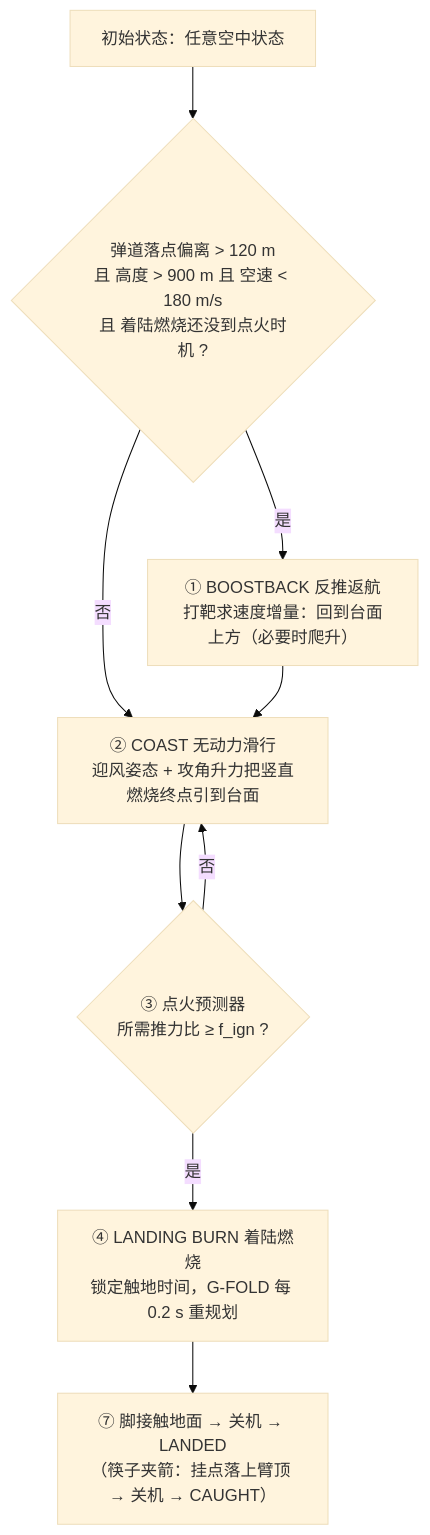
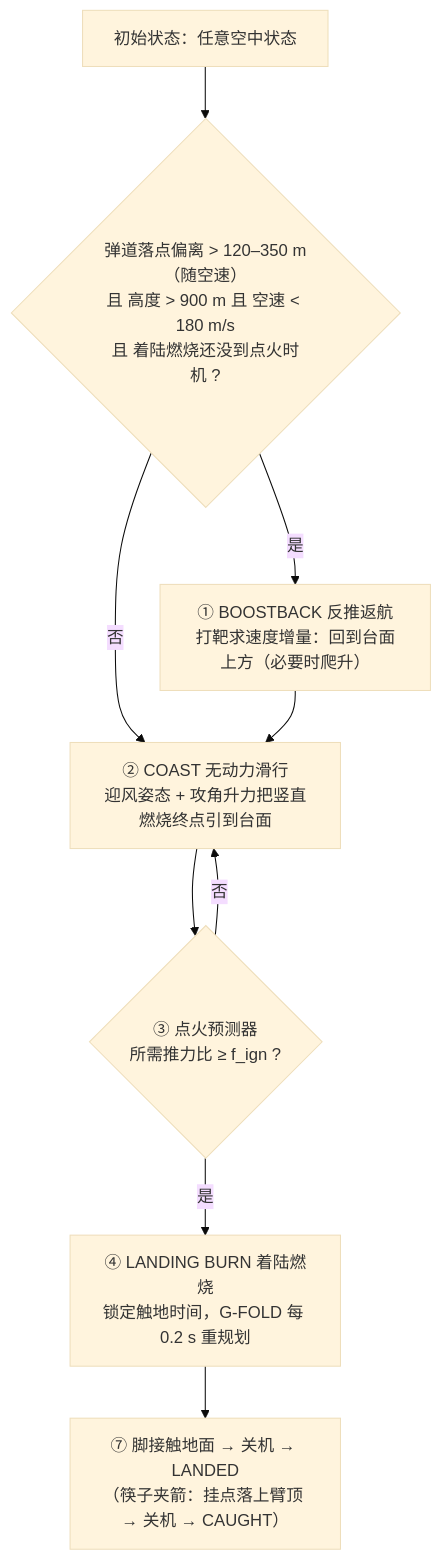
Before and after one commit to SpringMomu/GFOLD-Rocket-Recovery-Simulation: the diagram in README.md, drawn with Mermaid (base theme). The commit also changed other lines of this file and 2 other files, not shown here.

````diff
--- a/README.md
+++ b/README.md
@@ -83,11 +83,11 @@
 ```mermaid
 flowchart TD
-    A["初始状态：任意空中状态"] --> B{"弹道落点偏离 &gt; 120 m<br/>且 高度 &gt; 900 m 且 空速 &lt; 180 m/s<br/>且 着陆燃烧还没到点火时机 ?"}
+    A["初始状态：任意空中状态"] --> B{"弹道落点偏离 &gt; 120–350 m（随空速）<br/>且 高度 &gt; 900 m 且 空速 &lt; 180 m/s<br/>且 着陆燃烧还没到点火时机 ?"}
     B -- 是 --> C["① BOOSTBACK 反推返航<br/>打靶求速度增量：回到台面上方（必要时爬升）"]
     B -- 否 --> D
     C --> D["② COAST 无动力滑行<br/>迎风姿态 + 攻角升力把竖直燃烧终点引到台面"]
     D --> E{"③ 点火预测器<br/>所需推力比 ≥ f_ign ?"}
     E -- 否 --> D
     E -- 是 --> F["④ LANDING BURN 着陆燃烧<br/>锁定触地时间，G-FOLD 每 0.2 s 重规划"]
     F --> G["⑦ 脚接触地面 → 关机 → LANDED<br/>（筷子夹箭：挂点落上臂顶 → 关机 → CAUGHT）"]
 ```
````
